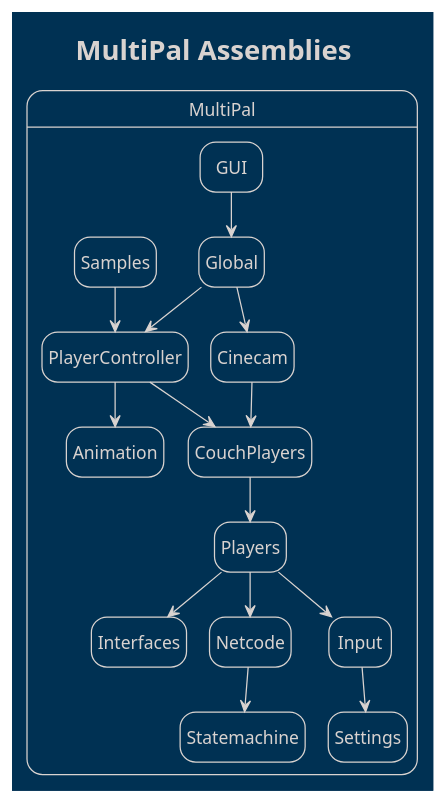
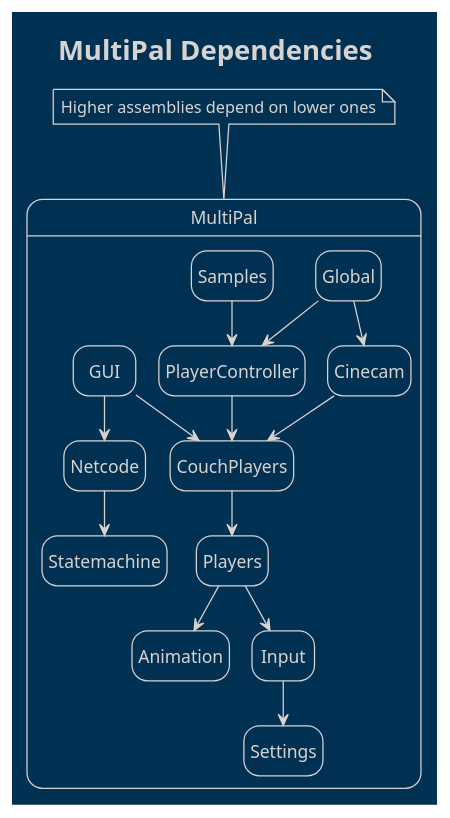
One commit to CodeSmile-0000011110110111/WriteBetterNetcode changed the diagram in PlantUML Diagrams/MultiPal Assemblies.puml. Above: the diagram before and after it, drawn with PlantUML. The commit also changed 3 other files, not shown here.

Commit message:
update assembly diagrams

```diff
--- a/PlantUML Diagrams/MultiPal Assemblies.puml
+++ b/PlantUML Diagrams/MultiPal Assemblies.puml
@@ -1,30 +1,36 @@
 @startuml
 
 !theme blueprint
 hide empty description
 
-title MultiPal Assemblies
+title MultiPal Dependencies
+
 
 state MultiPal{
 }
 
-MultiPal.GUI --> MultiPal.Global
+note top of MultiPal : Higher assemblies depend on lower ones
+
+MultiPal.GUI --> MultiPal.Netcode
+MultiPal.GUI --> MultiPal.CouchPlayers
 
 MultiPal.Samples --> MultiPal.PlayerController
 MultiPal.Global --> MultiPal.PlayerController
 MultiPal.Global --> MultiPal.Cinecam
 
 MultiPal.Cinecam --> MultiPal.CouchPlayers
 MultiPal.PlayerController --> MultiPal.CouchPlayers
-MultiPal.PlayerController --> MultiPal.Animation
 
 MultiPal.CouchPlayers --> MultiPal.Players
 
-MultiPal.Players --> MultiPal.Interfaces
-MultiPal.Players --> MultiPal.Netcode
+MultiPal.Players --> MultiPal.Animation
 MultiPal.Players --> MultiPal.Input
 
 MultiPal.Input --> MultiPal.Settings
 MultiPal.Netcode --> MultiPal.Statemachine
 
+
+' this is only for WentOnline/offline events, to be removed
+'MultiPal.Cinecam --> MultiPal.Netcode
+
 @enduml
```
